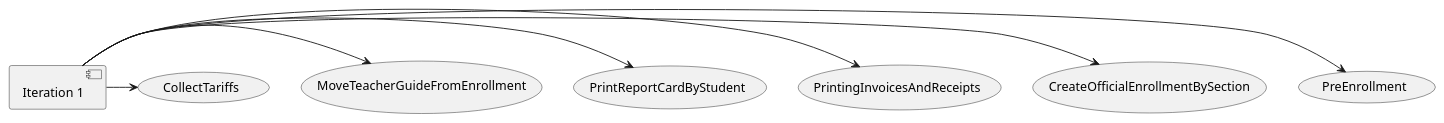
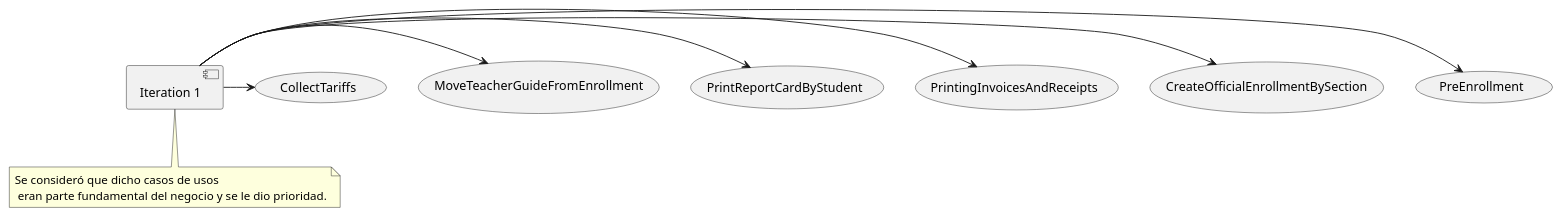
Before and after one commit to wsmcbl/wsmcbl.doc: the diagram in UseCaseView/Prioritization.puml, drawn with PlantUML. The commit also changed 2 other files, not shown here.

```diff
--- a/UseCaseView/Prioritization.puml
+++ b/UseCaseView/Prioritization.puml
@@ -1,21 +1,23 @@
 @startuml
 skinparam BackgroundColor transparent
 
-component "Iteration 1" as Itertaion1
+component "Iteration 1" as Iteration1
+
+note bottom of Iteration1: Se consideró que dicho casos de usos\n eran parte fundamental del negocio y se le dio prioridad.
 
 usecase PreEnrollment
 usecase CreateOfficialEnrollmentBySection
 usecase PrintingInvoicesAndReceipts
 usecase PrintReportCardByStudent
 usecase MoveTeacherGuideFromEnrollment
 usecase CollectTariffs
 
-Itertaion1 -> PreEnrollment
-Itertaion1 -> CreateOfficialEnrollmentBySection
-Itertaion1 -> PrintingInvoicesAndReceipts
-Itertaion1 -> PrintReportCardByStudent
-Itertaion1 -> MoveTeacherGuideFromEnrollment
-Itertaion1 -> CollectTariffs
+Iteration1 -> PreEnrollment
+Iteration1 -> CreateOfficialEnrollmentBySection
+Iteration1 -> PrintingInvoicesAndReceipts
+Iteration1 -> PrintReportCardByStudent
+Iteration1 -> MoveTeacherGuideFromEnrollment
+Iteration1 -> CollectTariffs
 
 
 @enduml
```
